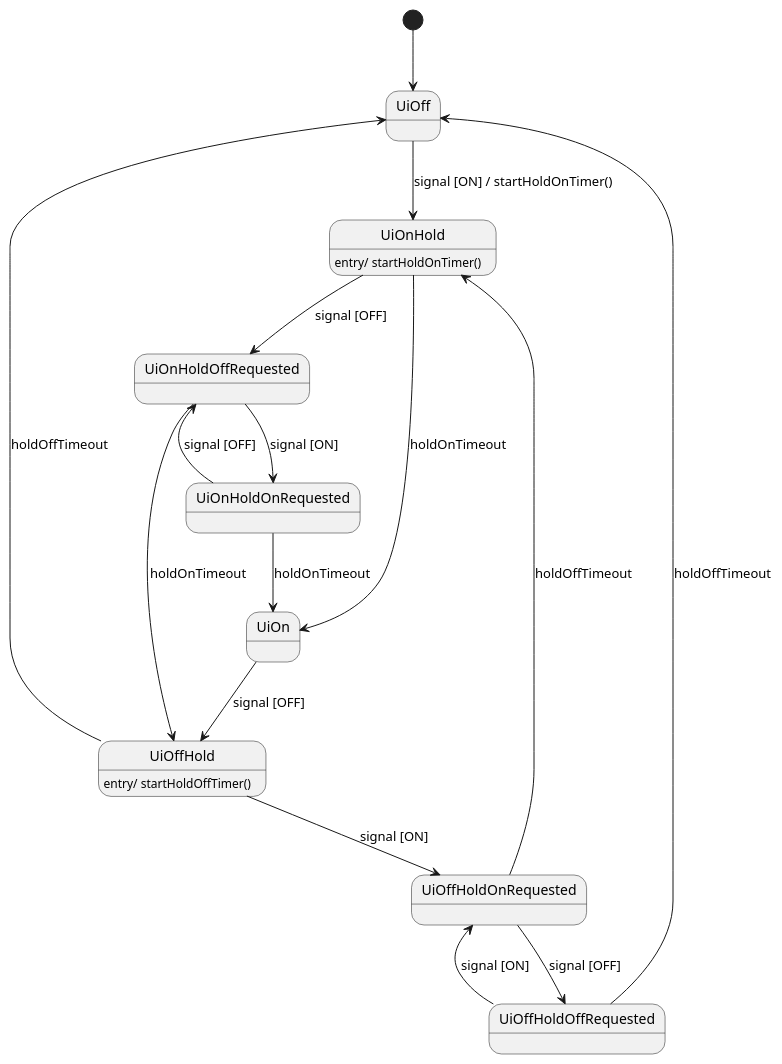
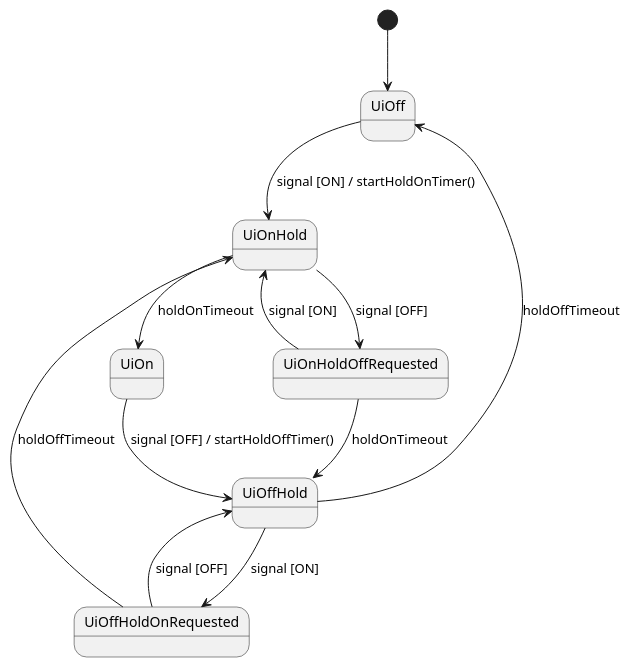
One commit to scandyna/MdtTerminal changed the diagram in doc/plantuml/StateDiagrams/PinoutSignalsUiController.puml. Above: the diagram before and after it, drawn with PlantUML. The commit also changed 7 other files, not shown here.

```diff
--- a/doc/plantuml/StateDiagrams/PinoutSignalsUiController.puml
+++ b/doc/plantuml/StateDiagrams/PinoutSignalsUiController.puml
@@ -1,28 +1,20 @@
 @startuml
-
 
 [*] --> UiOff
 UiOff --> UiOnHold : signal [ON] / startHoldOnTimer()
+
+UiOnHold --> UiOn : holdOnTimeout
 UiOnHold --> UiOnHoldOffRequested : signal [OFF]
-UiOnHold : entry/ startHoldOnTimer()
-
-UiOffHold : entry/ startHoldOffTimer()
+UiOnHoldOffRequested --> UiOnHold : signal [ON]
 
 UiOnHoldOffRequested --> UiOffHold : holdOnTimeout
-UiOnHold --> UiOn : holdOnTimeout
-UiOn --> UiOffHold : signal [OFF]
 
-UiOnHoldOffRequested --> UiOnHoldOnRequested : signal [ON]
-UiOnHoldOnRequested --> UiOnHoldOffRequested : signal [OFF]
-UiOnHoldOnRequested --> UiOn : holdOnTimeout
+UiOn --> UiOffHold : signal [OFF] / startHoldOffTimer()
+
+UiOffHold --> UiOffHoldOnRequested : signal [ON]
+UiOffHoldOnRequested --> UiOffHold : signal [OFF]
 
 UiOffHold --> UiOff : holdOffTimeout
-UiOffHold --> UiOffHoldOnRequested : signal [ON]
-
-UiOffHoldOnRequested --> UiOffHoldOffRequested : signal [OFF]
-UiOffHoldOffRequested --> UiOffHoldOnRequested : signal [ON]
-UiOffHoldOffRequested --> UiOff : holdOffTimeout
-
 UiOffHoldOnRequested --> UiOnHold : holdOffTimeout
 
 @enduml
```
